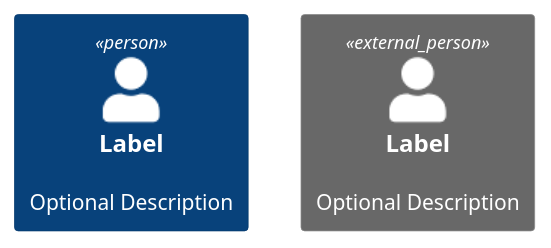
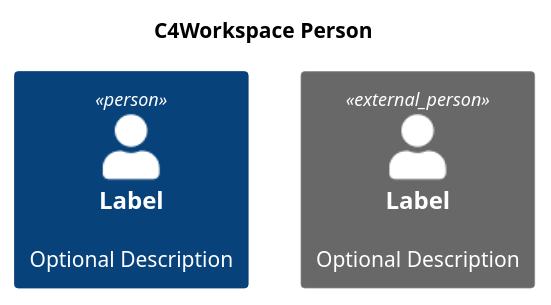
Before and after one commit to la-fabrique/plantuml-serializer: the diagram in src/__tests__/workspaces/person.puml, drawn with PlantUML. The commit also changed 21 other files, not shown here.

```diff
--- a/src/__tests__/workspaces/person.puml
+++ b/src/__tests__/workspaces/person.puml
@@ -1,5 +1,6 @@
-@startuml Workspace Person
+@startuml
 !include https://raw.githubusercontent.com/plantuml-stdlib/C4-PlantUML/master/C4_Container.puml
+title C4Workspace Person
 Person(personAlias, "Label", "Optional Description")
 Person_Ext(personExtAlias, "Label", "Optional Description")
 @enduml
```
